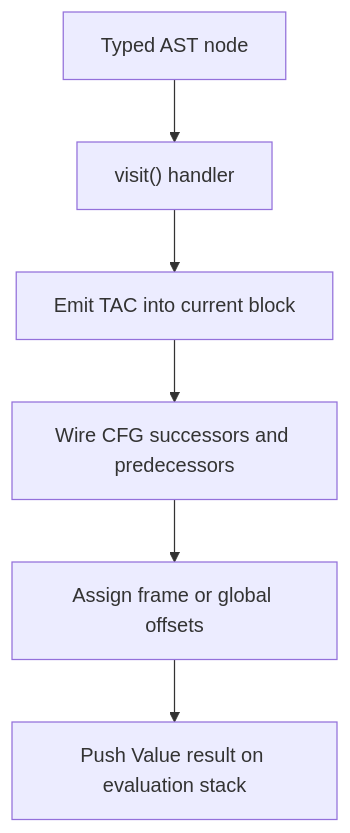
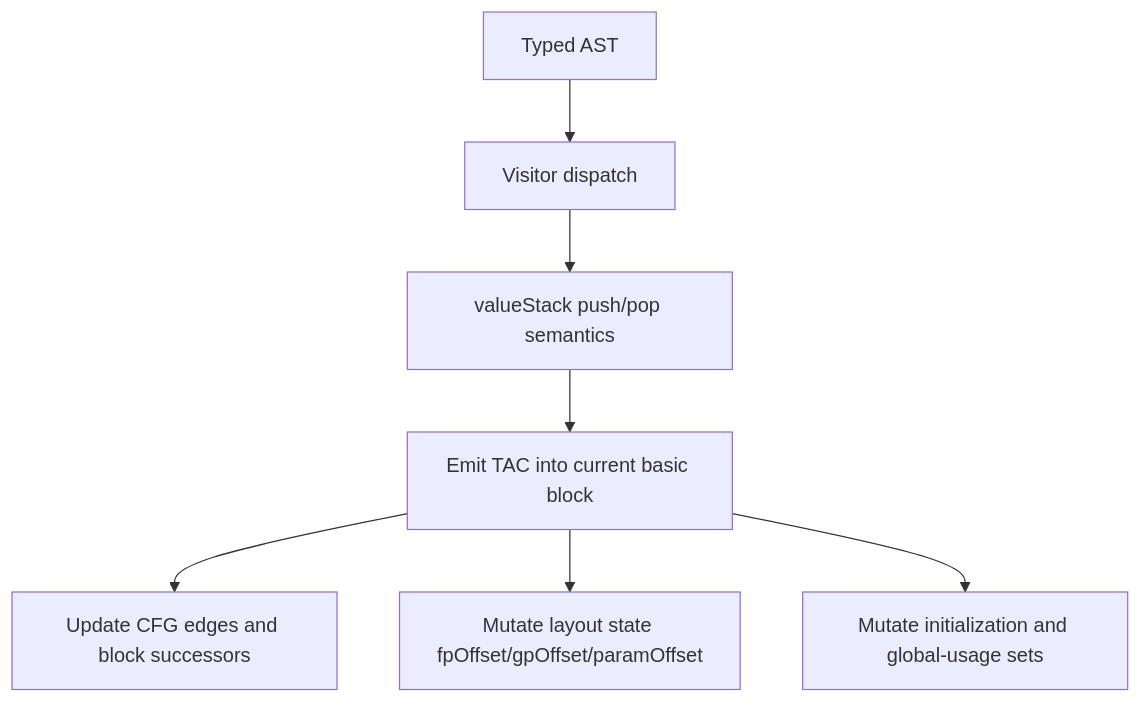
Before and after one commit to NitishM2022/MochaCompiler: the first of 3 diagrams in docs/architecture/ir-generation.md, drawn with Mermaid. The commit also changed other lines of this file and 5 other files, not shown here.

Commit message:
docs: deepen compiler internals and streamline architecture docs

````diff
--- a/docs/architecture/ir-generation.md
+++ b/docs/architecture/ir-generation.md
@@ -17,8 +18,9 @@
 ```mermaid
 flowchart TD
-    A["Typed AST node"] --> B["visit() handler"]
-    B --> C["Emit TAC into current block"]
-    C --> D["Wire CFG successors and predecessors"]
-    D --> E["Assign frame or global offsets"]
-    E --> F["Push Value result on evaluation stack"]
+    A["Typed AST"] --> B["Visitor dispatch"]
+    B --> C["valueStack push/pop semantics"]
+    C --> D["Emit TAC into current basic block"]
+    D --> E["Update CFG edges and block successors"]
+    D --> F["Mutate layout state fpOffset/gpOffset/paramOffset"]
+    D --> G["Mutate initialization and global-usage sets"]
 ```
````
